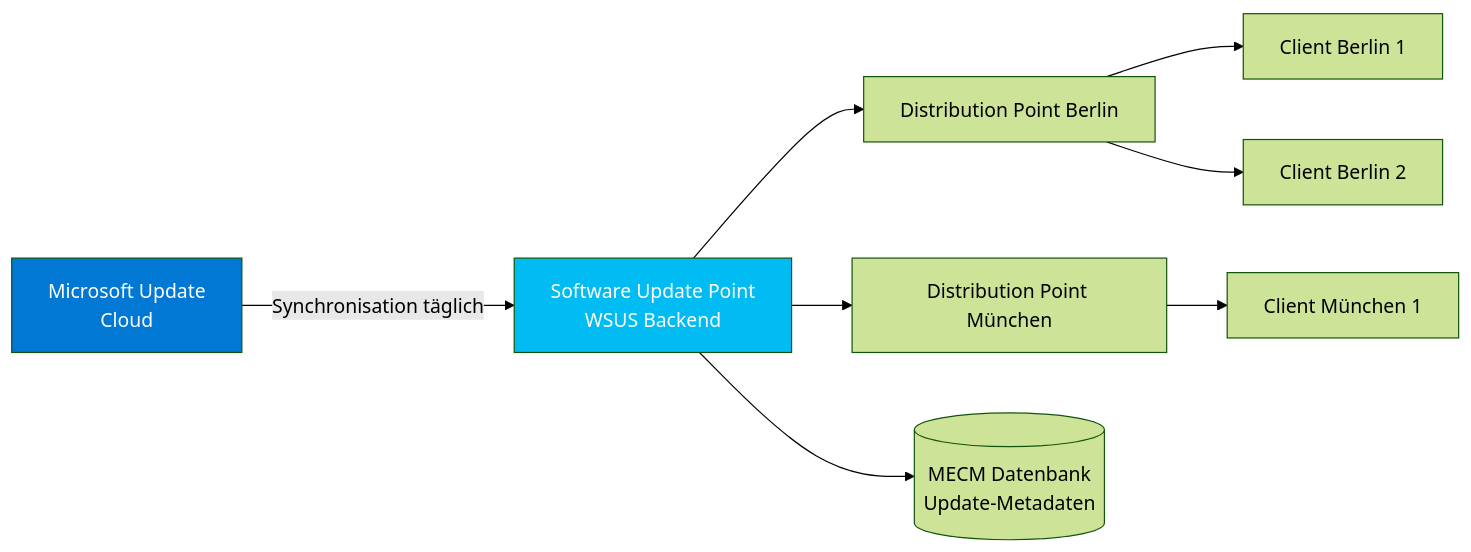
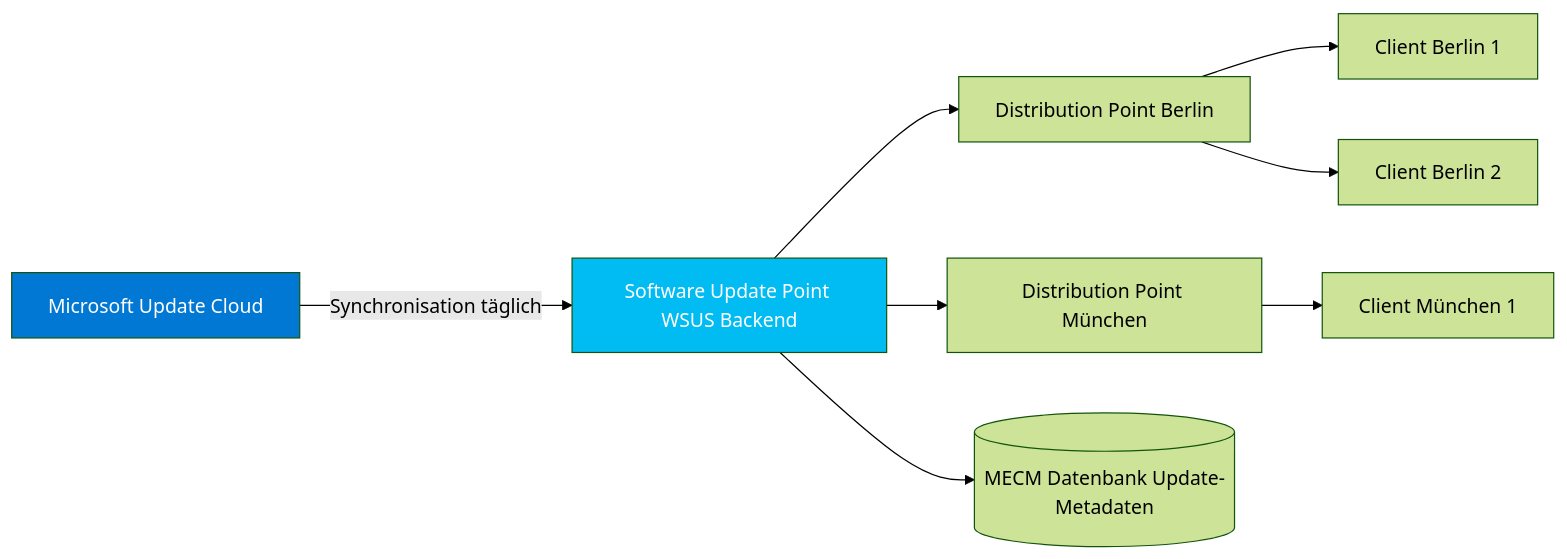
One commit to SoniiiT/notes-n-docs changed the first of 3 diagrams in Microsoft 365/System Center/MECM Patch Management.md. Above: the diagram before and after it, drawn with Mermaid (forest theme). The commit also changed other lines of this file and 124 other files, not shown here.

First line of the commit message:
fix: Entferne \n aus allen Mermaid-Diagrammen (125 Dateien)

````diff
--- a/Microsoft 365/System Center/MECM Patch Management.md
+++ b/Microsoft 365/System Center/MECM Patch Management.md
@@ -31,13 +31,13 @@
 ```mermaid
 graph LR
-    MS[Microsoft Update\nCloud] -->|Synchronisation täglich| SUP[Software Update Point\nWSUS Backend]
+    MS[Microsoft Update Cloud] -->|Synchronisation täglich| SUP[Software Update Point WSUS Backend]
     SUP --> DP1[Distribution Point Berlin]
     SUP --> DP2[Distribution Point München]
     DP1 --> C1[Client Berlin 1]
     DP1 --> C2[Client Berlin 2]
     DP2 --> C3[Client München 1]
-    SUP --> DB[(MECM Datenbank\nUpdate-Metadaten)]
+    SUP --> DB[(MECM Datenbank Update-Metadaten)]
 
     style MS fill:#0078D4,color:#fff
     style SUP fill:#00BCF2,color:#fff
 ```
````
